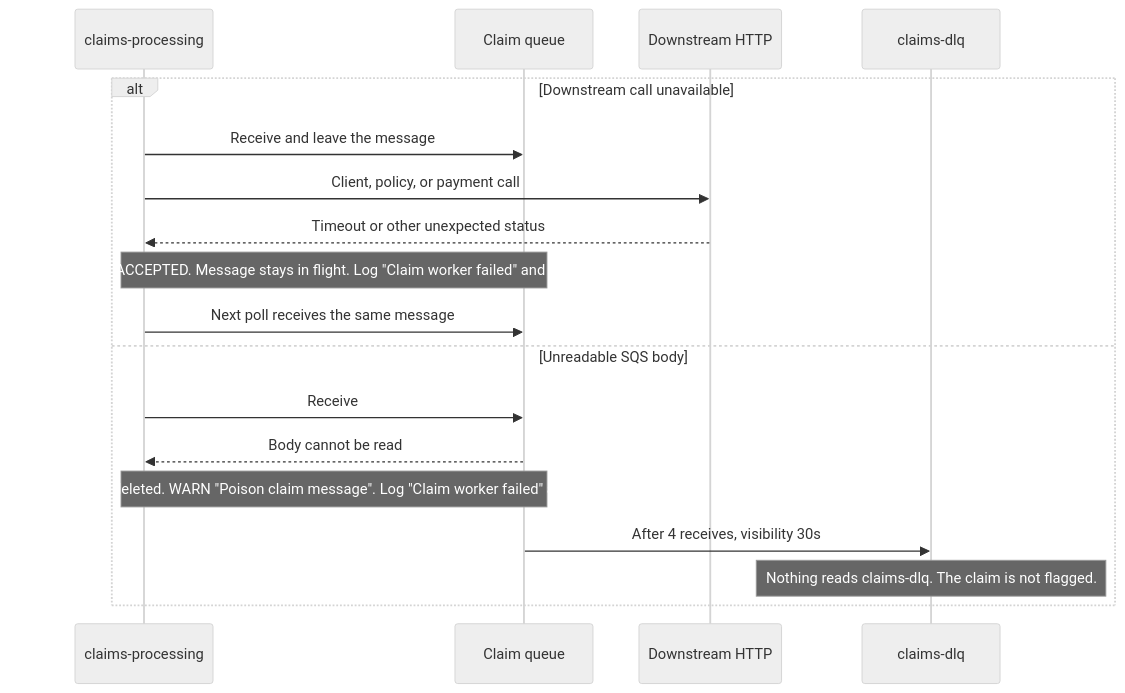
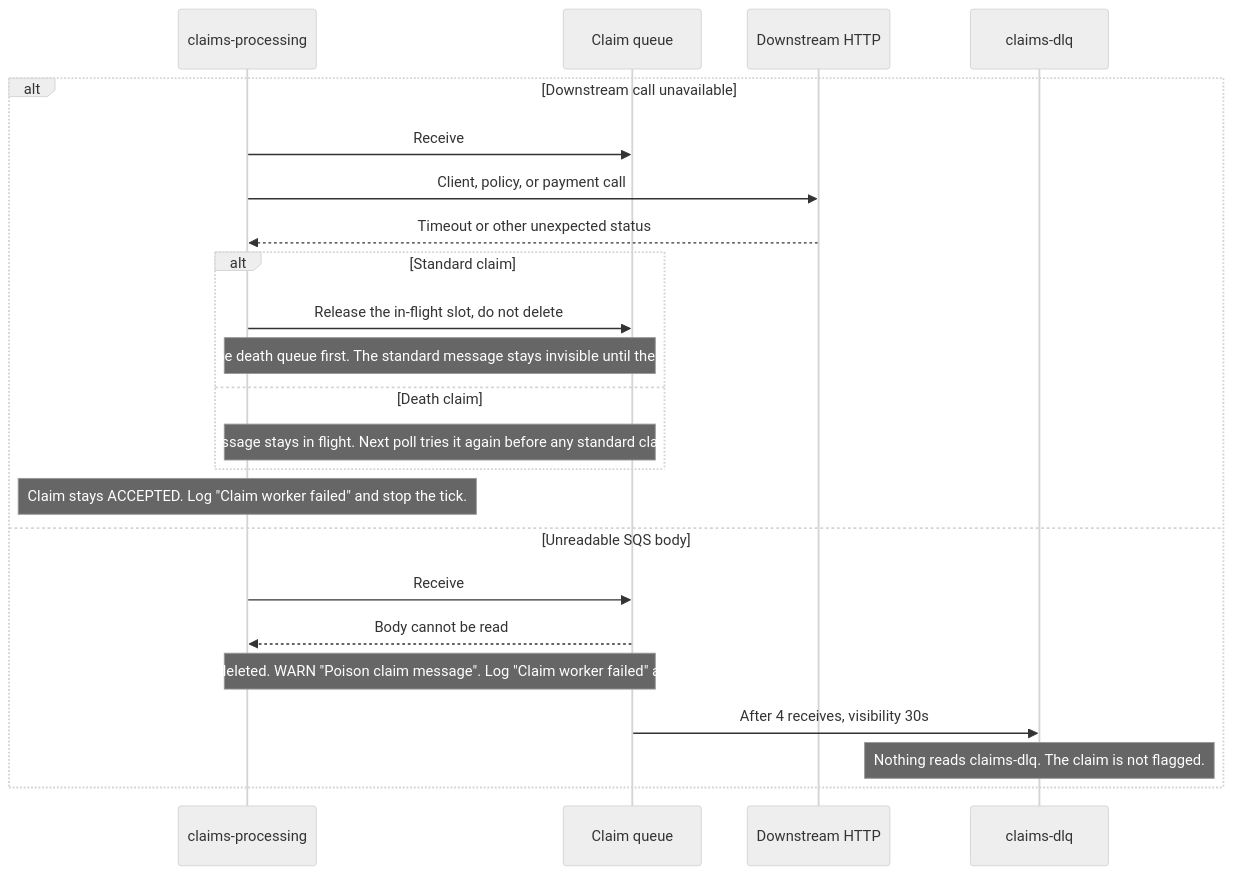
One commit to srf0407/claims-case-study changed the fourth of 7 diagrams in claims-processing/docs/solution.md. Above: the diagram before and after it, drawn with Mermaid (neutral theme). The commit also changed other lines of this file and 19 other files, not shown here.

First line of the commit message:
fix: keep a death claim moving when the client is deceased or a standard claim fails

````diff
--- a/claims-processing/docs/solution.md
+++ b/claims-processing/docs/solution.md
@@ -116,21 +116,26 @@
 ```mermaid
 sequenceDiagram
   participant API as claims-processing
   participant Queue as Claim queue
   participant Down as Downstream HTTP
   participant DLQ as claims-dlq
 
   alt Downstream call unavailable
-    API->>Queue: Receive and leave the message
+    API->>Queue: Receive
     API->>Down: Client, policy, or payment call
     Down-->>API: Timeout or other unexpected status
-    Note over API,Queue: Claim stays ACCEPTED. Message stays in flight. Log "Claim worker failed" and stop the tick.
-    API->>Queue: Next poll receives the same message
+    alt Standard claim
+      API->>Queue: Release the in-flight slot, do not delete
+      Note over API,Queue: Next poll reads the death queue first. The standard message stays invisible until the visibility timeout.
+    else Death claim
+      Note over API,Queue: Message stays in flight. Next poll tries it again before any standard claim.
+    end
+    Note over API: Claim stays ACCEPTED. Log "Claim worker failed" and stop the tick.
   else Unreadable SQS body
     API->>Queue: Receive
     Queue-->>API: Body cannot be read
     Note over API,Queue: Message is not deleted. WARN "Poison claim message". Log "Claim worker failed" and stop the tick.
     Queue->>DLQ: After 4 receives, visibility 30s
     Note over DLQ: Nothing reads claims-dlq. The claim is not flagged.
   end
 ```
````
